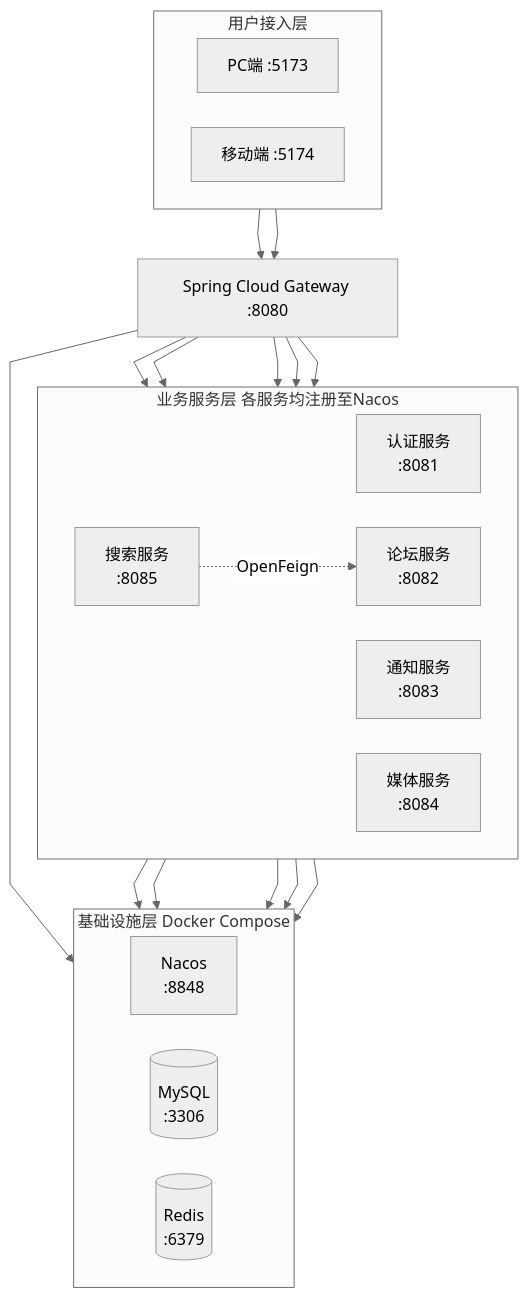
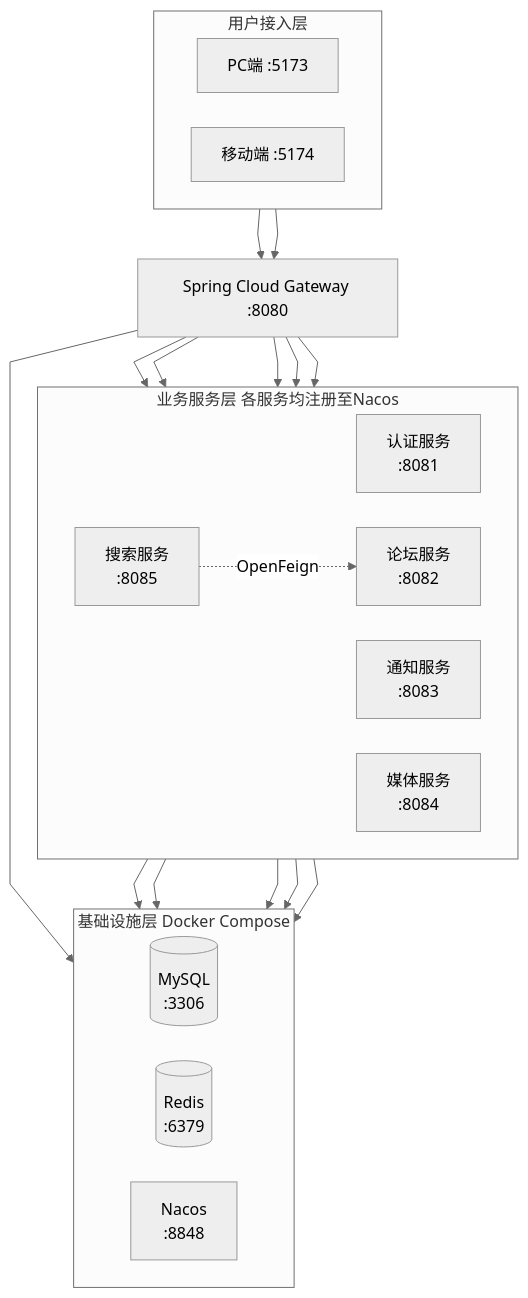
The diagram in docs/diagrams/fig4-1-deployment.mmd (Wkjlovec/graduation_project_zhuang), drawn with Mermaid before and after one commit. The commit also changed other lines of this file and 1 other file, not shown here.

Commit message:
docs: 图4-1调整服务节点顺序消除MySQL连线交叉

```diff
--- a/docs/diagrams/fig4-1-deployment.mmd
+++ b/docs/diagrams/fig4-1-deployment.mmd
@@ -1,40 +1,40 @@
 %%{init: {'theme': 'neutral', 'flowchart': {'curve': 'linear', 'rankSpacing': 50, 'nodeSpacing': 35}}}%%
 graph TB
     subgraph 用户接入层
         direction LR
         PC["PC端 :5173"]
         MOB["移动端 :5174"]
     end
 
     GW["Spring Cloud Gateway :8080"]
 
     subgraph 业务服务层 各服务均注册至Nacos
         direction LR
         AUTH["认证服务\n:8081"]
+        NOTIFY["通知服务\n:8083"]
         FORUM["论坛服务\n:8082"]
-        NOTIFY["通知服务\n:8083"]
         MEDIA["媒体服务\n:8084"]
         SEARCH["搜索服务\n:8085"]
     end
 
     subgraph 基础设施层 Docker Compose
         direction LR
-        NACOS["Nacos\n:8848"]
         DB[("MySQL\n:3306")]
         RD[("Redis\n:6379")]
+        NACOS["Nacos\n:8848"]
     end
 
     PC --> GW
     MOB --> GW
     GW --> AUTH
+    GW --> NOTIFY
     GW --> FORUM
-    GW --> NOTIFY
     GW --> MEDIA
     GW --> SEARCH
     SEARCH -.->|OpenFeign| FORUM
     AUTH --> DB
+    NOTIFY --> DB
     FORUM --> DB
-    NOTIFY --> DB
     AUTH --> RD
     FORUM --> RD
     GW --> RD
```
